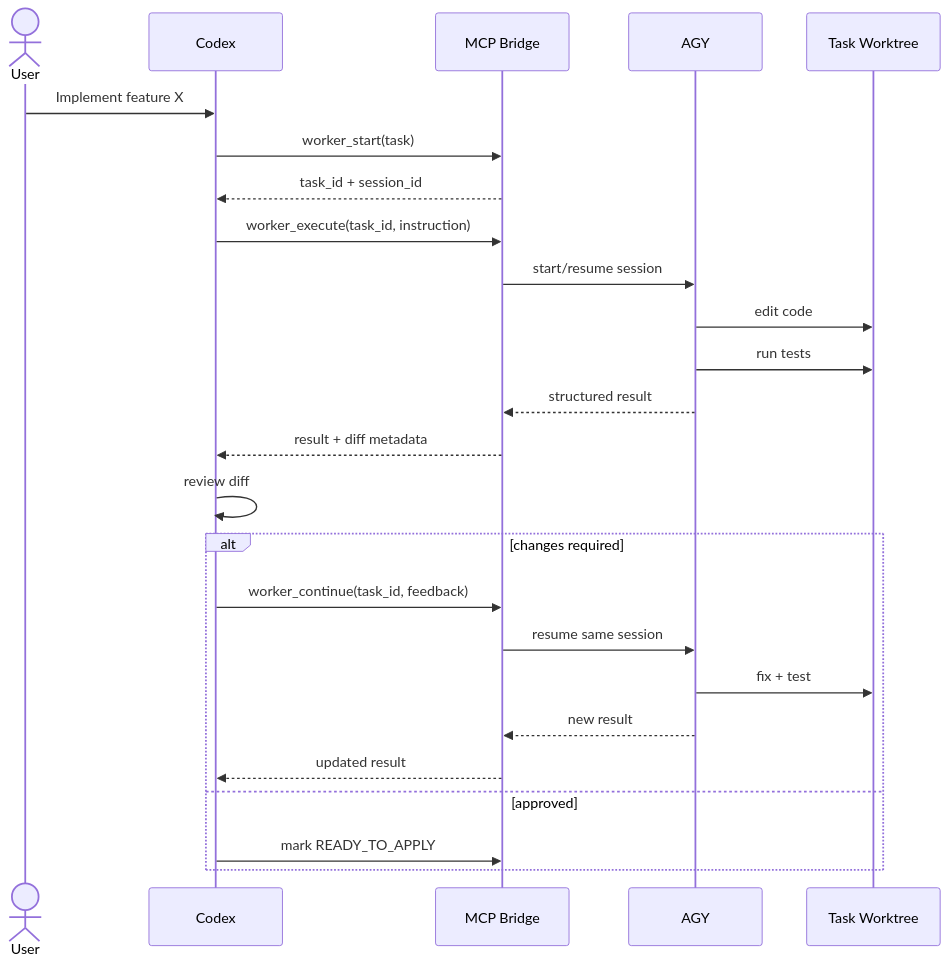
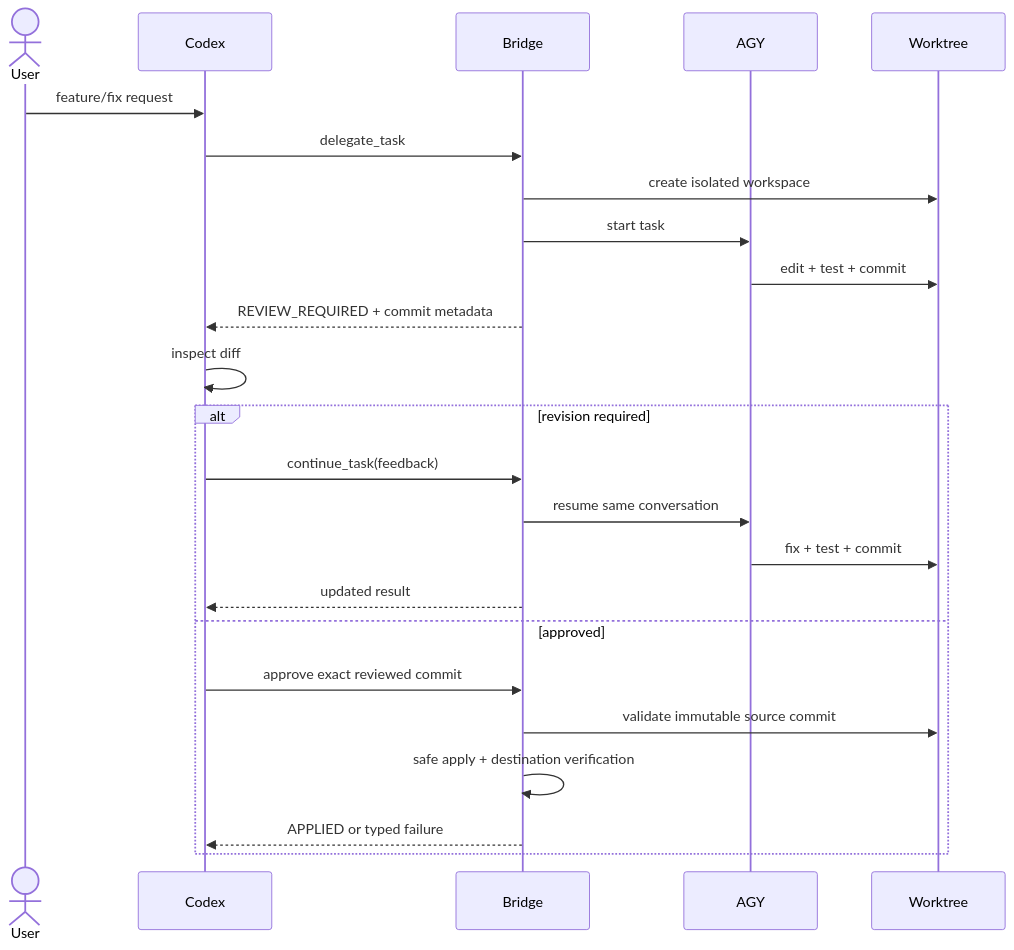
Before and after one commit to hanguyentqlx/codex_agy: the second of 2 diagrams in docs/ARCHITECTURE.md, drawn with Mermaid. The commit also changed other lines of this file and 10 other files, not shown here.

First line of the commit message:
docs: optimize Codex ↔ AGY architecture v2

````diff
--- a/docs/ARCHITECTURE.md
+++ b/docs/ARCHITECTURE.md
@@ -187,30 +152,27 @@
 ```mermaid
 sequenceDiagram
-    actor User
-    participant Codex
-    participant MCP as MCP Bridge
-    participant AGY
-    participant Git as Task Worktree
+  actor U as User
+  participant C as Codex
+  participant B as Bridge
+  participant A as AGY
+  participant W as Worktree
 
-    User->>Codex: Implement feature X
-    Codex->>MCP: worker_start(task)
-    MCP-->>Codex: task_id + session_id
-    Codex->>MCP: worker_execute(task_id, instruction)
-    MCP->>AGY: start/resume session
-    AGY->>Git: edit code
-    AGY->>Git: run tests
-    AGY-->>MCP: structured result
-    MCP-->>Codex: result + diff metadata
-
-    Codex->>Codex: review diff
-
-    alt changes required
-        Codex->>MCP: worker_continue(task_id, feedback)
-        MCP->>AGY: resume same session
-        AGY->>Git: fix + test
-        AGY-->>MCP: new result
-        MCP-->>Codex: updated result
-    else approved
-        Codex->>MCP: mark READY_TO_APPLY
-    end
+  U->>C: feature/fix request
+  C->>B: delegate_task
+  B->>W: create isolated workspace
+  B->>A: start task
+  A->>W: edit + test + commit
+  B-->>C: REVIEW_REQUIRED + commit metadata
+  C->>C: inspect diff
+  alt revision required
+    C->>B: continue_task(feedback)
+    B->>A: resume same conversation
+    A->>W: fix + test + commit
+    B-->>C: updated result
+  else approved
+    C->>B: approve exact reviewed commit
+    B->>W: validate immutable source commit
+    B->>B: safe apply + destination verification
+    B-->>C: APPLIED or typed failure
+  end
 ```
````
